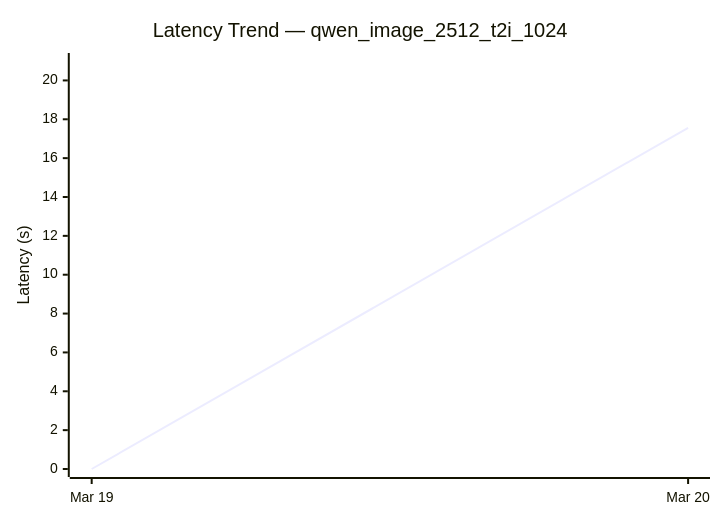
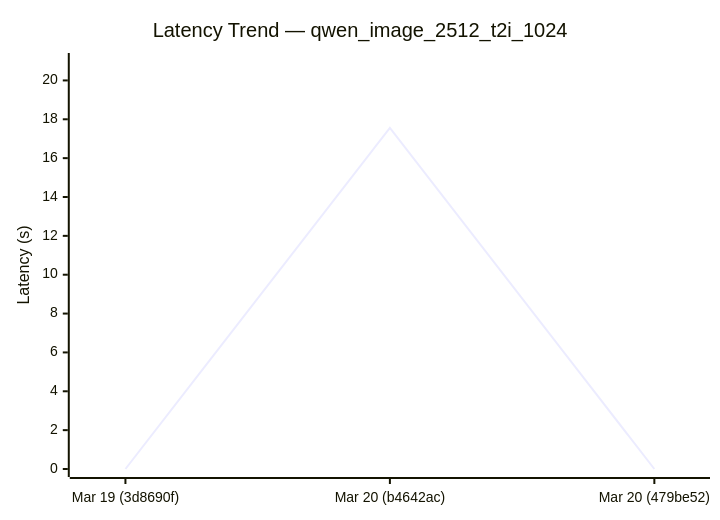
One commit to sglang-bot/sglang-ci-data changed the third of 9 diagrams in diffusion-comparisons/dashboard.md. Above: the diagram before and after it, drawn with Mermaid. The commit also changed other lines of this file and 1 other file, not shown here.

````diff
--- a/diffusion-comparisons/dashboard.md
+++ b/diffusion-comparisons/dashboard.md
@@ -54,7 +55,7 @@
 ```mermaid
 xychart-beta
   title "Latency Trend — qwen_image_2512_t2i_1024"
-  x-axis ["Mar 19", "Mar 20"]
+  x-axis ["Mar 19 (3d8690f)", "Mar 20 (b4642ac)", "Mar 20 (479be52)"]
   y-axis "Latency (s)" 0 --> 21
-  line [0.00, 17.56]
+  line [0.00, 17.56, 0.00]
 ```
````
